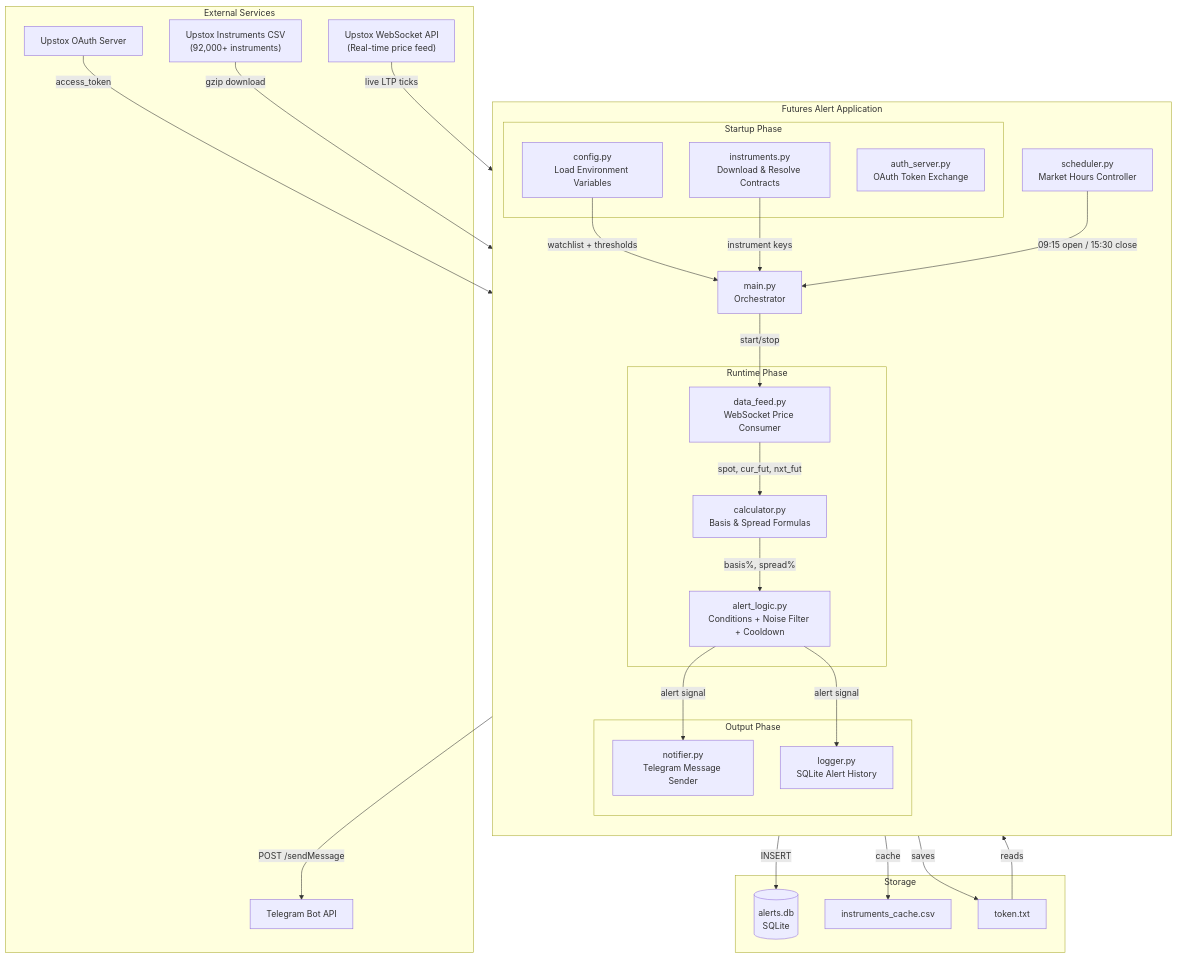
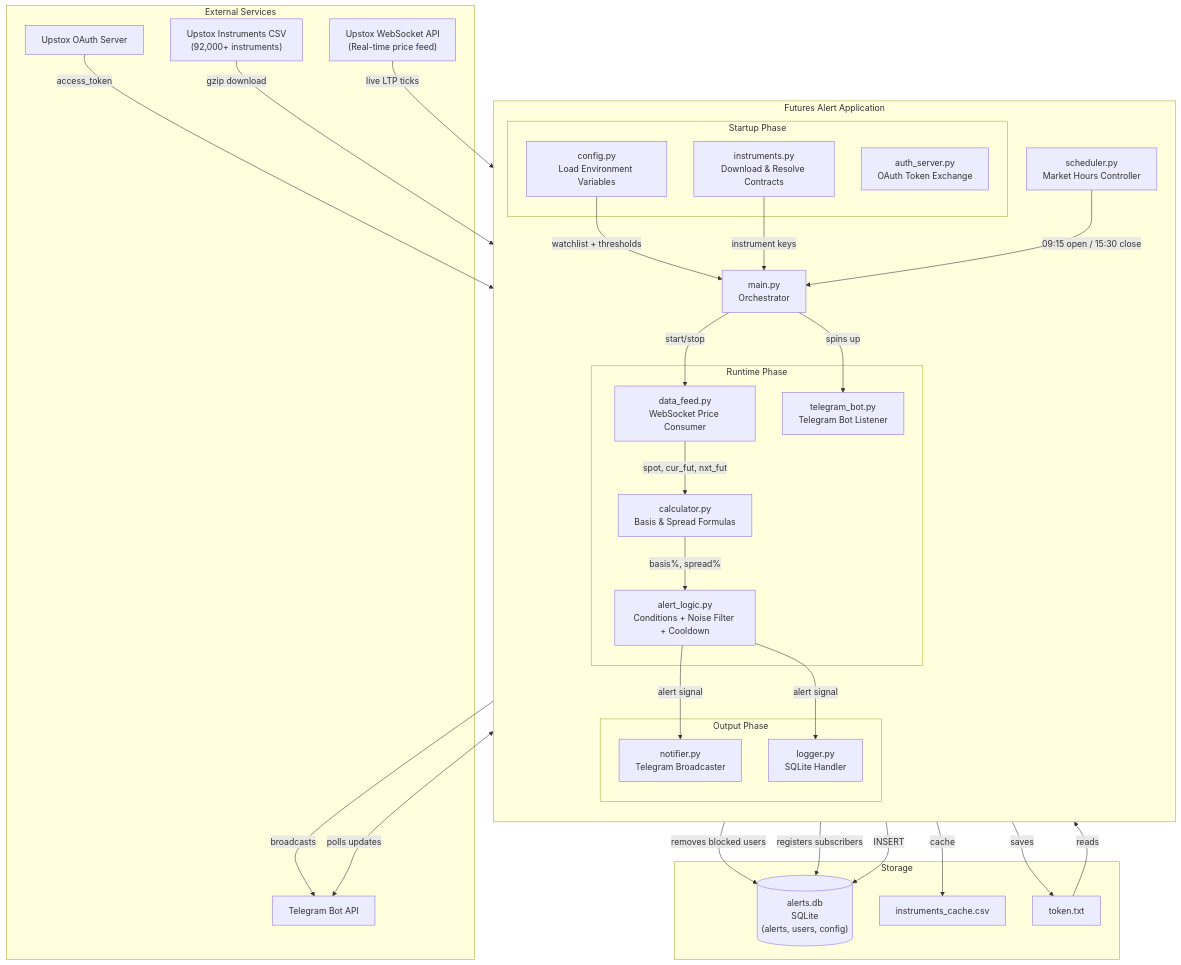
The first of 5 diagrams in docs/System-Documentation.md (Sidd-hass/future-price-prediction), drawn with Mermaid before and after one commit. The commit also changed other lines of this file and 10 other files, not shown here.

Commit message:
Added the telegram bot subscription

````diff
--- a/docs/System-Documentation.md
+++ b/docs/System-Documentation.md
@@ -45,56 +45,61 @@
 ```mermaid
 graph TB
     subgraph External Services
         UPSTOX_CSV["Upstox Instruments CSV<br/>(92,000+ instruments)"]
         UPSTOX_WS["Upstox WebSocket API<br/>(Real-time price feed)"]
         UPSTOX_AUTH["Upstox OAuth Server"]
         TG["Telegram Bot API"]
     end
 
     subgraph Futures Alert Application
         direction TB
         
         subgraph Startup Phase
             AUTH["auth_server.py<br/>OAuth Token Exchange"]
             INST["instruments.py<br/>Download & Resolve Contracts"]
             CFG["config.py<br/>Load Environment Variables"]
         end
 
         subgraph Runtime Phase
             FEED["data_feed.py<br/>WebSocket Price Consumer"]
             CALC["calculator.py<br/>Basis & Spread Formulas"]
             ENGINE["alert_logic.py<br/>Conditions + Noise Filter + Cooldown"]
+            BOT["telegram_bot.py<br/>Telegram Bot Listener"]
         end
 
         subgraph Output Phase
-            NOTIFY["notifier.py<br/>Telegram Message Sender"]
-            LOG["logger.py<br/>SQLite Alert History"]
+            NOTIFY["notifier.py<br/>Telegram Broadcaster"]
+            LOG["logger.py<br/>SQLite Handler"]
         end
 
         SCHED["scheduler.py<br/>Market Hours Controller"]
         MAIN["main.py<br/>Orchestrator"]
     end
 
     subgraph Storage
-        DB[("alerts.db<br/>SQLite")]
+        DB[("alerts.db<br/>SQLite<br/>(alerts, users, config)")]
         CACHE["instruments_cache.csv"]
         TOKEN["token.txt"]
     end
 
     UPSTOX_AUTH -->|"access_token"| AUTH
     AUTH -->|"saves"| TOKEN
     TOKEN -->|"reads"| MAIN
     CFG -->|"watchlist + thresholds"| MAIN
     UPSTOX_CSV -->|"gzip download"| INST
     INST -->|"cache"| CACHE
     INST -->|"instrument keys"| MAIN
     MAIN -->|"start/stop"| FEED
+    MAIN -->|"spins up"| BOT
     SCHED -->|"09:15 open / 15:30 close"| MAIN
     UPSTOX_WS -->|"live LTP ticks"| FEED
     FEED -->|"spot, cur_fut, nxt_fut"| CALC
     CALC -->|"basis%, spread%"| ENGINE
     ENGINE -->|"alert signal"| NOTIFY
     ENGINE -->|"alert signal"| LOG
-    NOTIFY -->|"POST /sendMessage"| TG
+    NOTIFY -->|"broadcasts"| TG
+    NOTIFY -->|"removes blocked users"| DB
+    BOT <-->|"polls updates"| TG
+    BOT -->|"registers subscribers"| DB
     LOG -->|"INSERT"| DB
 ```
````
